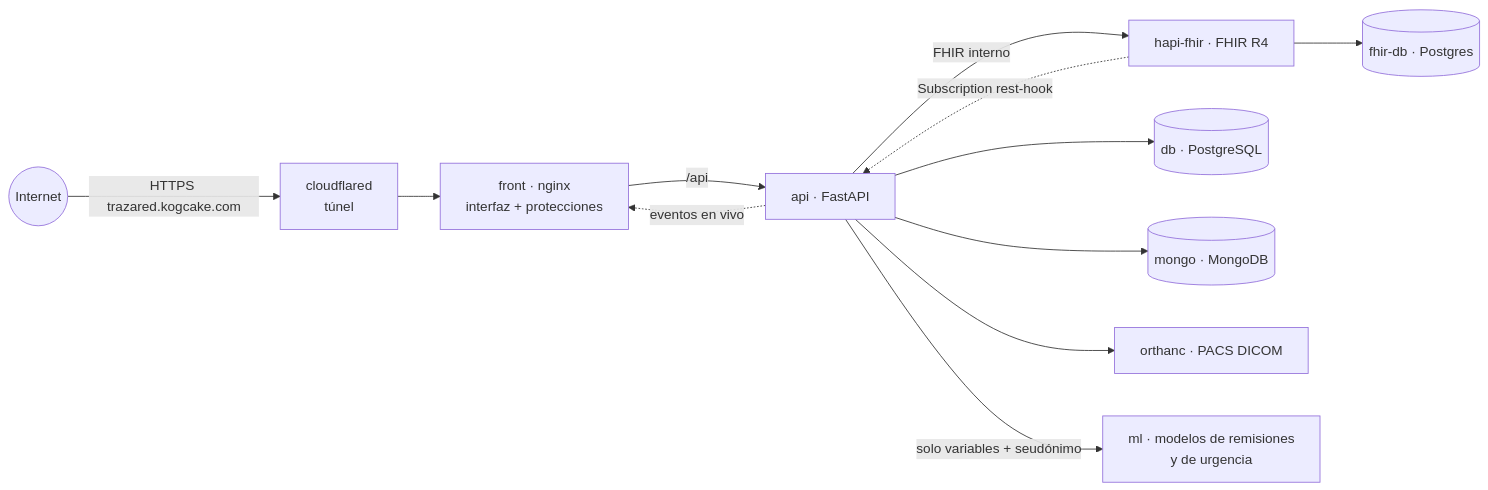
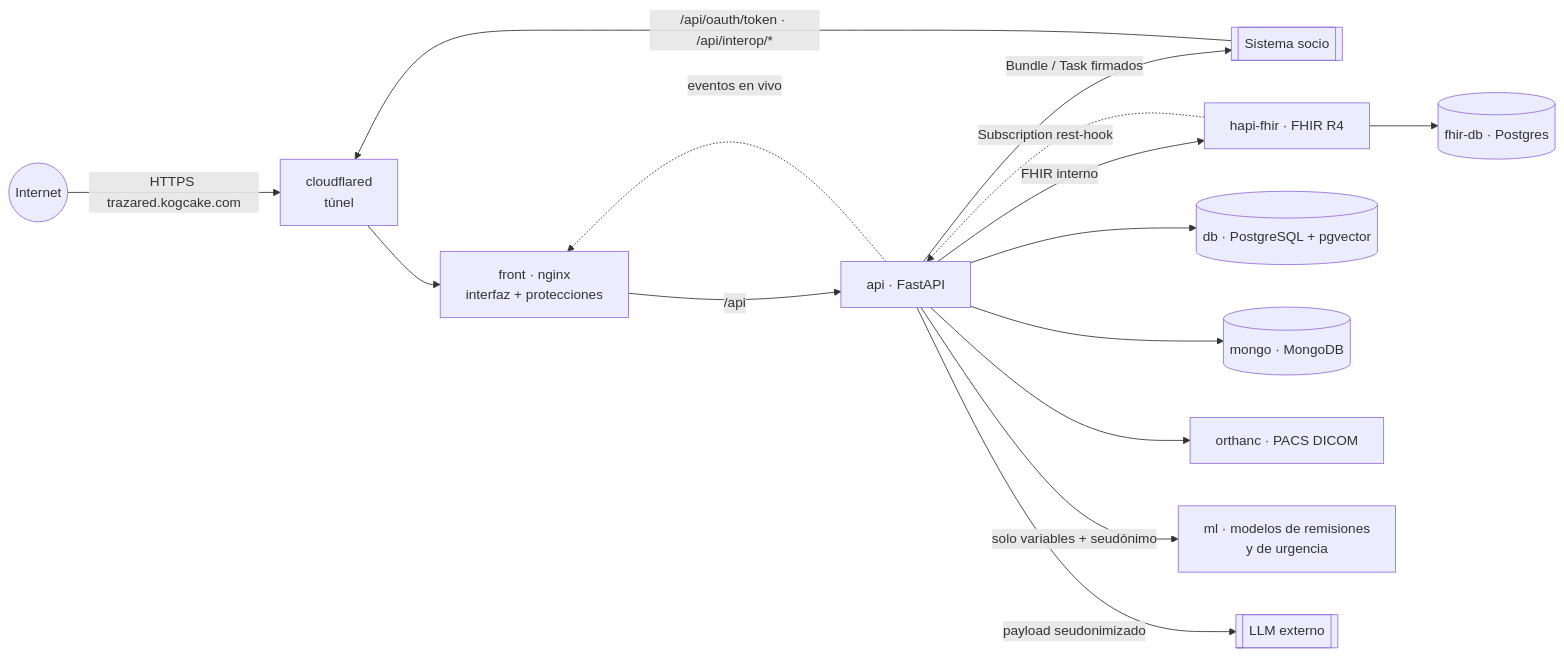
The first of 3 diagrams in README.md (Laura25a/TrazaRedHUV), drawn with Mermaid before and after one commit. The commit also changed other lines of this file, not shown here.

````diff
--- a/README.md
+++ b/README.md
@@ -75,14 +85,17 @@
 ```mermaid
 flowchart LR
     internet((Internet)) -->|HTTPS trazared.kogcake.com| cf[cloudflared<br/>túnel]
+    socio[[Sistema socio]] -->|/api/oauth/token · /api/interop/*| cf
     cf --> front[front · nginx<br/>interfaz + protecciones]
     front -->|/api| api[api · FastAPI]
     api -->|FHIR interno| hapi[hapi-fhir · FHIR R4]
     hapi --> fhirdb[(fhir-db · Postgres)]
-    api --> db[(db · PostgreSQL)]
+    api --> db[(db · PostgreSQL + pgvector)]
     api --> mongo[(mongo · MongoDB)]
     api --> orthanc[orthanc · PACS DICOM]
     api -->|solo variables + seudónimo| ml[ml · modelos de remisiones<br/>y de urgencia]
+    api -->|payload seudonimizado| llm[[LLM externo]]
+    api -->|Bundle / Task firmados| socio
     hapi -.->|Subscription rest-hook| api
     api -.->|eventos en vivo| front
 ```
````
